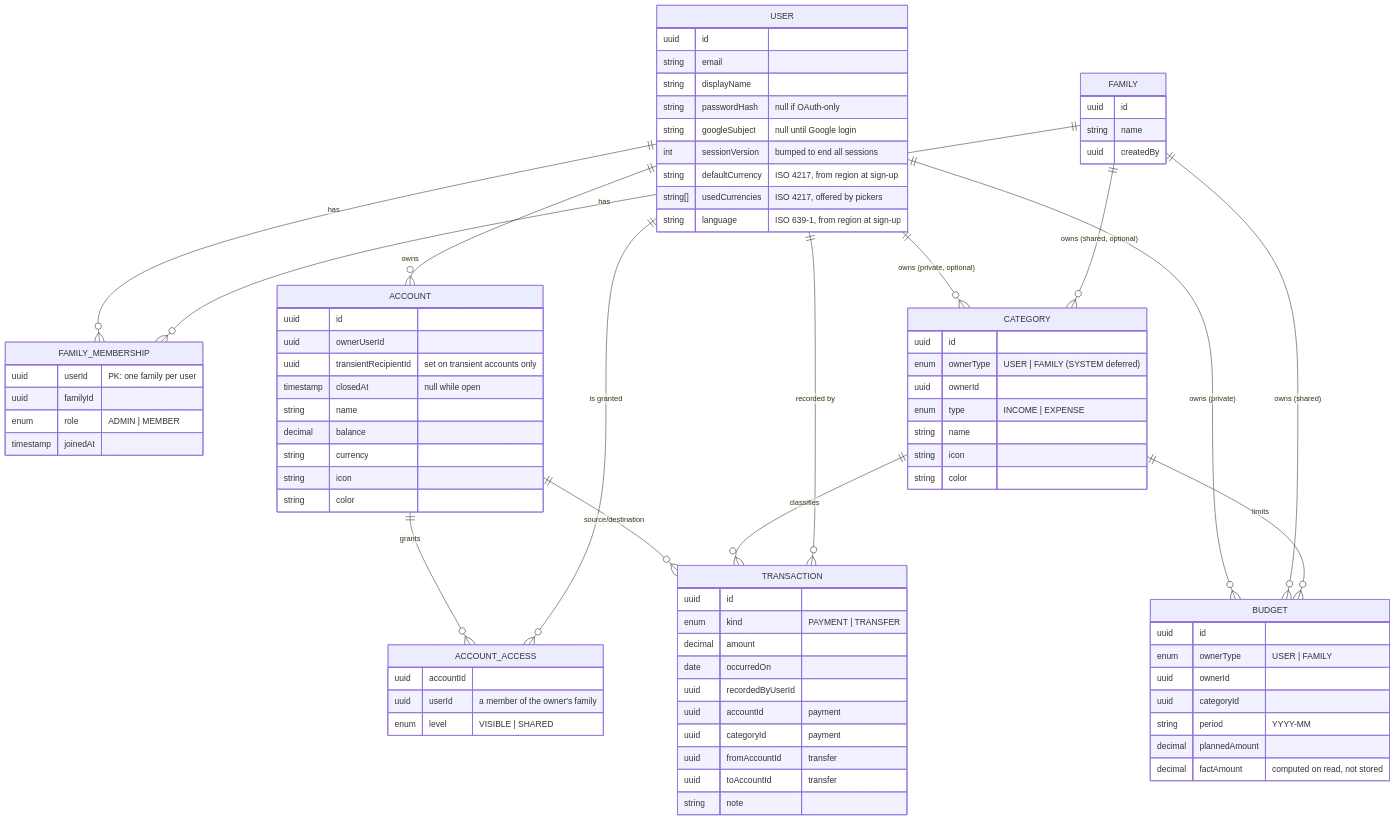
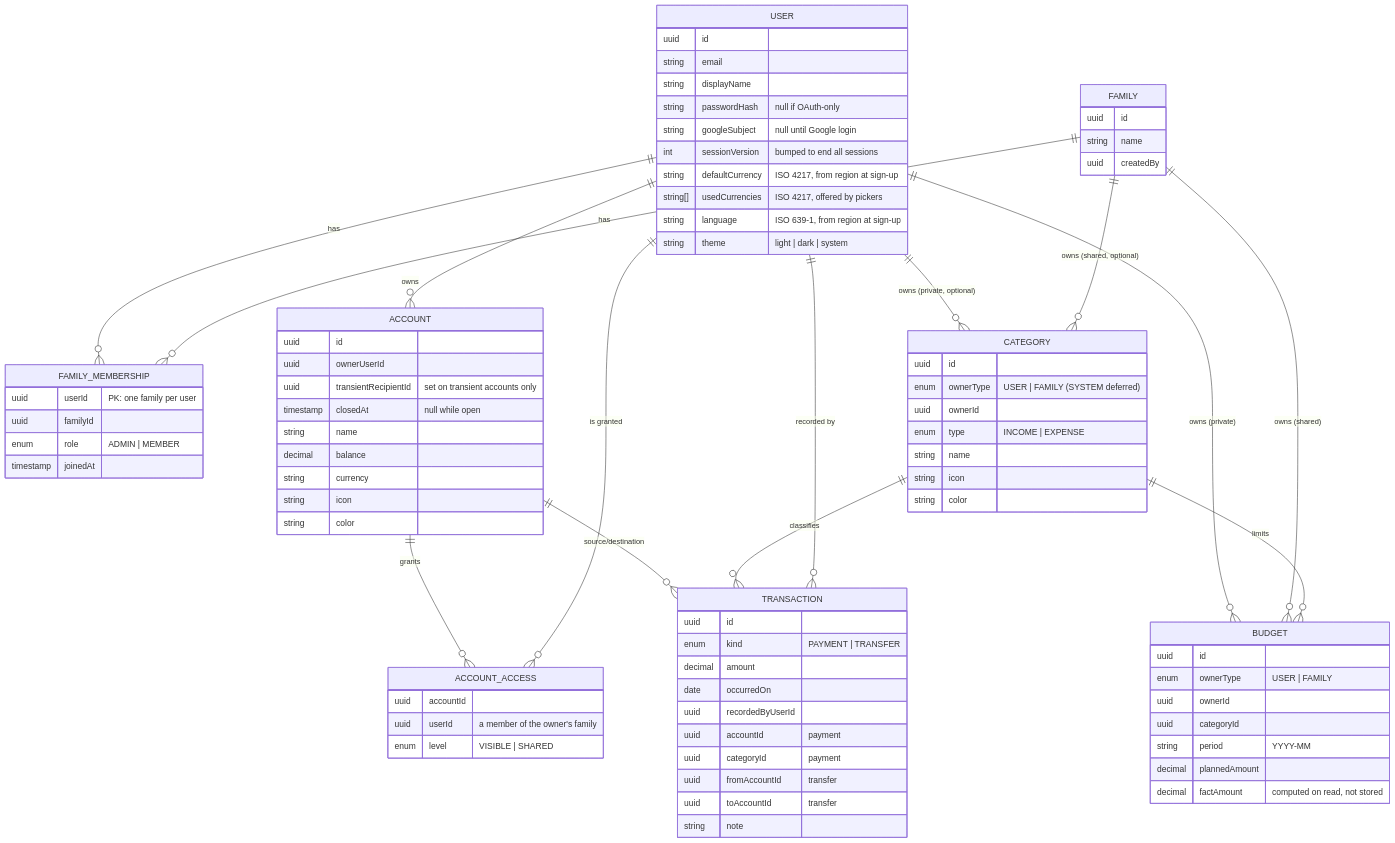
Before and after one commit to omarkelovUA/budget-backend: the second of 3 diagrams in docs/ARCHITECTURE.md, drawn with Mermaid. The commit also changed other lines of this file and 9 other files, not shown here.

```diff
--- a/docs/ARCHITECTURE.md
+++ b/docs/ARCHITECTURE.md
@@ -82,6 +82,7 @@
         string defaultCurrency "ISO 4217, from region at sign-up"
         string[] usedCurrencies "ISO 4217, offered by pickers"
         string language "ISO 639-1, from region at sign-up"
+        string theme "light | dark | system"
     }
     FAMILY {
         uuid id
```
